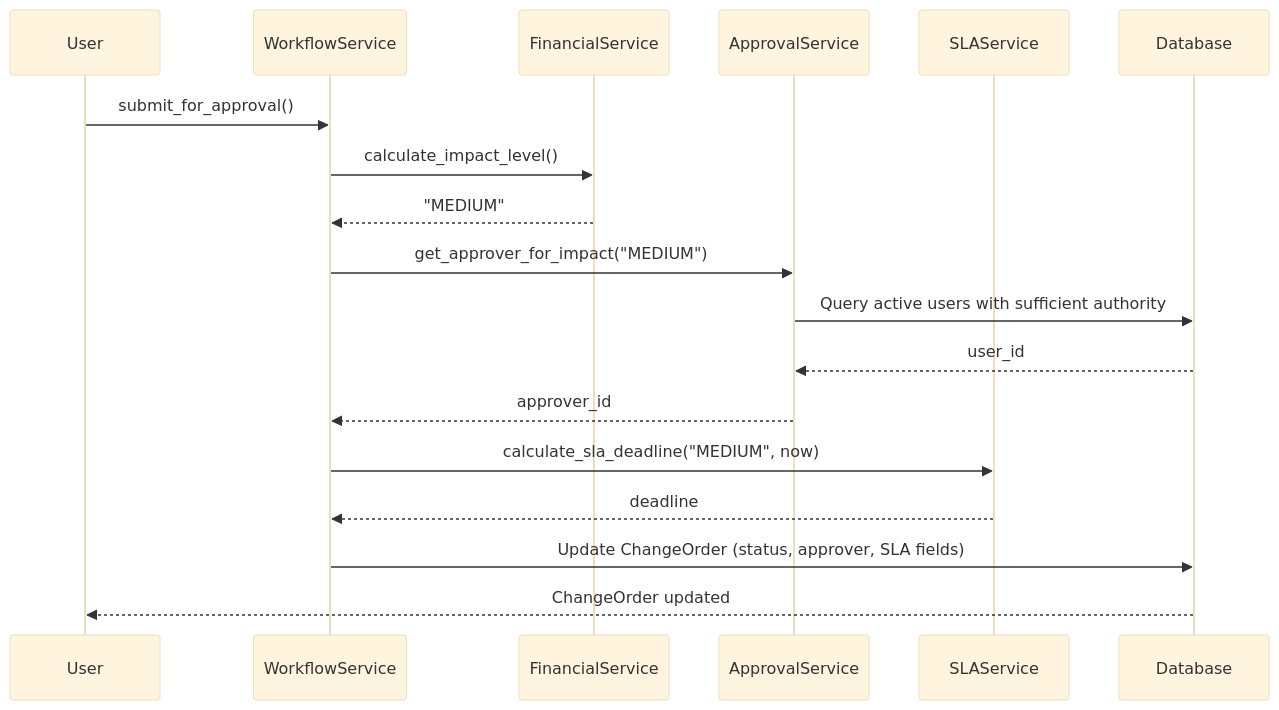
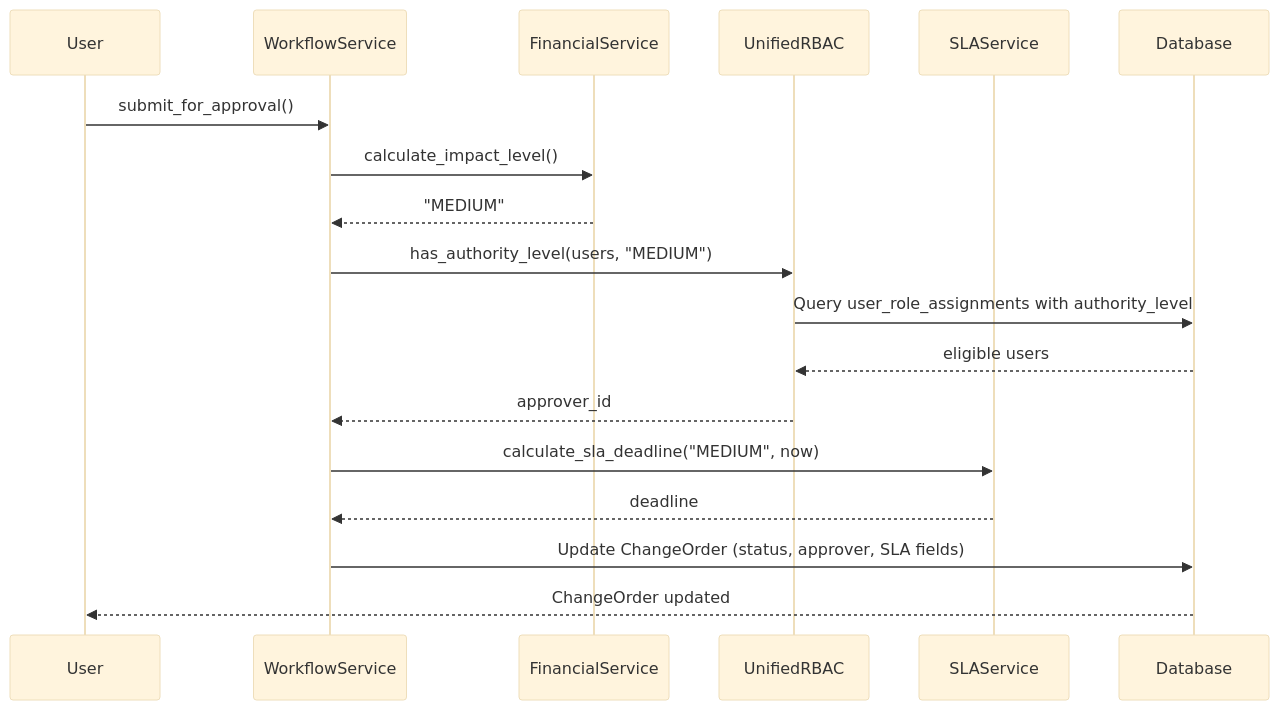
Before and after one commit to ogghst/backcast: the third of 4 diagrams in docs/02-architecture/backend/contexts/approval-workflow/architecture.md, drawn with Mermaid (base theme). The commit also changed other lines of this file and 5 other files, not shown here.

First line of the commit message:
docs: align RBAC and change management docs with unified RBAC cleanup

````diff
--- a/docs/02-architecture/backend/contexts/approval-workflow/architecture.md
+++ b/docs/02-architecture/backend/contexts/approval-workflow/architecture.md
@@ -155,21 +158,21 @@
 ```mermaid
 sequenceDiagram
     participant User
     participant WorkflowService
     participant FinancialService
-    participant ApprovalService
+    participant UnifiedRBAC
     participant SLAService
     participant DB as Database
 
     User->>WorkflowService: submit_for_approval()
     WorkflowService->>FinancialService: calculate_impact_level()
     FinancialService-->>WorkflowService: "MEDIUM"
-    WorkflowService->>ApprovalService: get_approver_for_impact("MEDIUM")
-    ApprovalService->>DB: Query active users with sufficient authority
-    DB-->>ApprovalService: user_id
-    ApprovalService-->>WorkflowService: approver_id
+    WorkflowService->>UnifiedRBAC: has_authority_level(users, "MEDIUM")
+    UnifiedRBAC->>DB: Query user_role_assignments with authority_level
+    DB-->>UnifiedRBAC: eligible users
+    UnifiedRBAC-->>WorkflowService: approver_id
     WorkflowService->>SLAService: calculate_sla_deadline("MEDIUM", now)
     SLAService-->>WorkflowService: deadline
     WorkflowService->>DB: Update ChangeOrder (status, approver, SLA fields)
     DB-->>User: ChangeOrder updated
 ```
````
